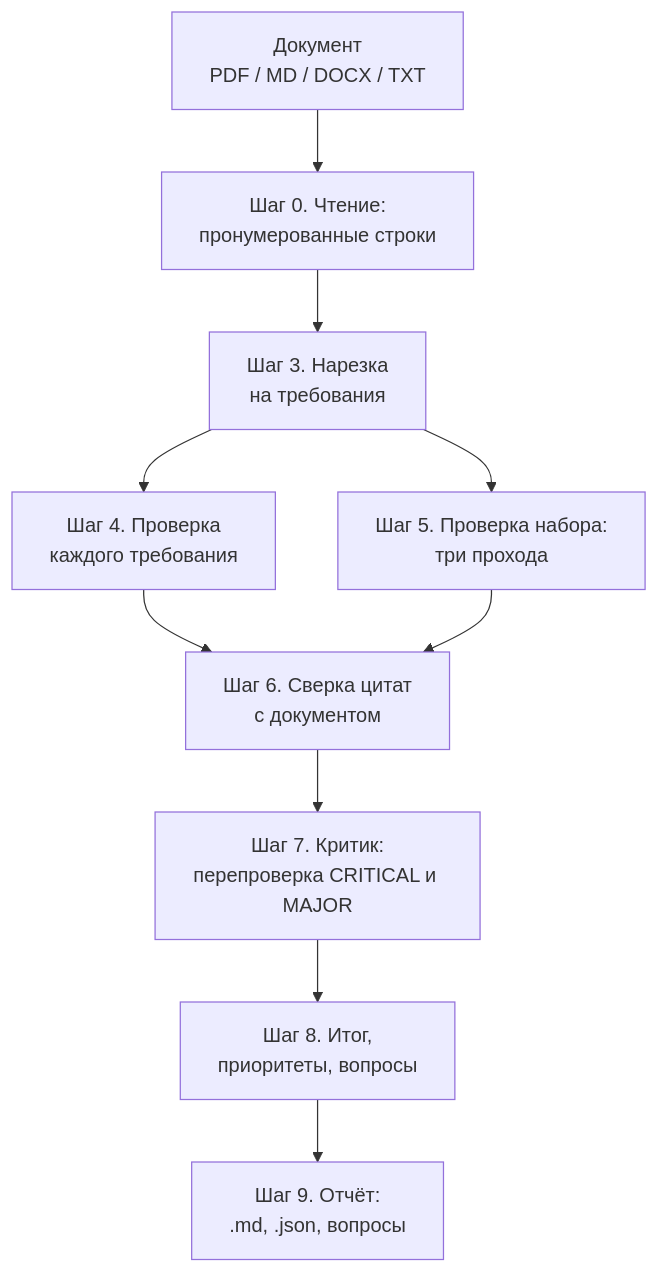
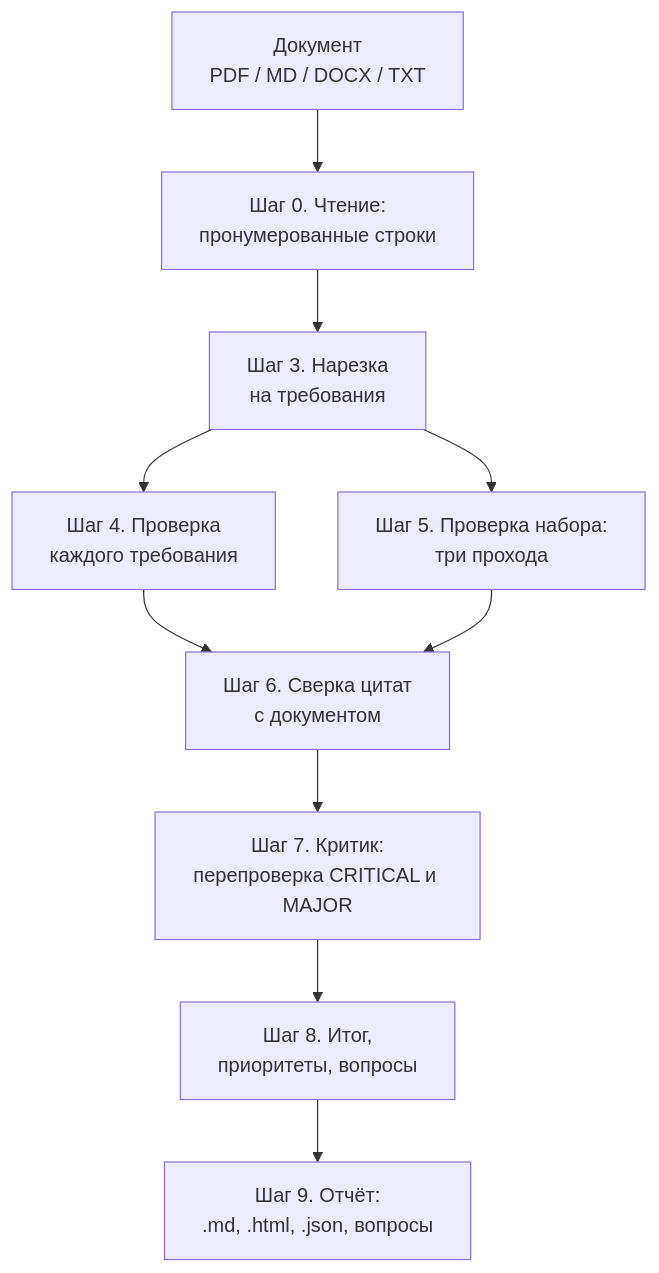
The diagram in README.md (gascoigne07/reqask), drawn with Mermaid before and after one commit. The commit also changed other lines of this file, not shown here.

Commit message:
README: report.html, флаг --no-html, строка про report_html.py

````diff
--- a/README.md
+++ b/README.md
@@ -77,12 +77,12 @@
 ```mermaid
 flowchart TD
     A["Документ<br>PDF / MD / DOCX / TXT"] --> B["Шаг 0. Чтение:<br>пронумерованные строки"]
     B --> C["Шаг 3. Нарезка<br>на требования"]
     C --> D["Шаг 4. Проверка<br>каждого требования"]
     C --> E["Шаг 5. Проверка набора:<br>три прохода"]
     D --> F["Шаг 6. Сверка цитат<br>с документом"]
     E --> F
     F --> G["Шаг 7. Критик:<br>перепроверка CRITICAL и MAJOR"]
     G --> H["Шаг 8. Итог,<br>приоритеты, вопросы"]
-    H --> I["Шаг 9. Отчёт:<br>.md, .json, вопросы"]
+    H --> I["Шаг 9. Отчёт:<br>.md, .html, .json, вопросы"]
 ```
````
